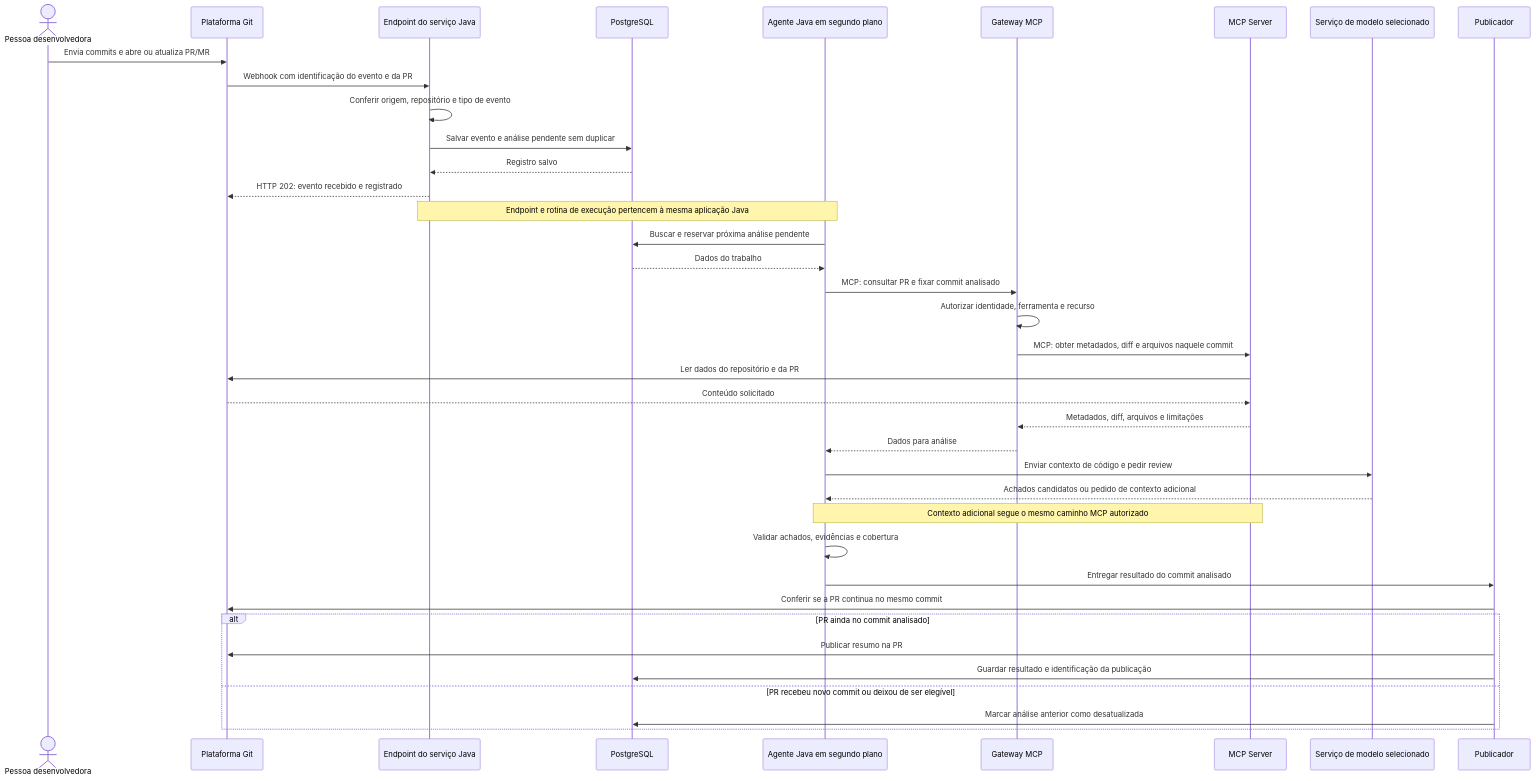
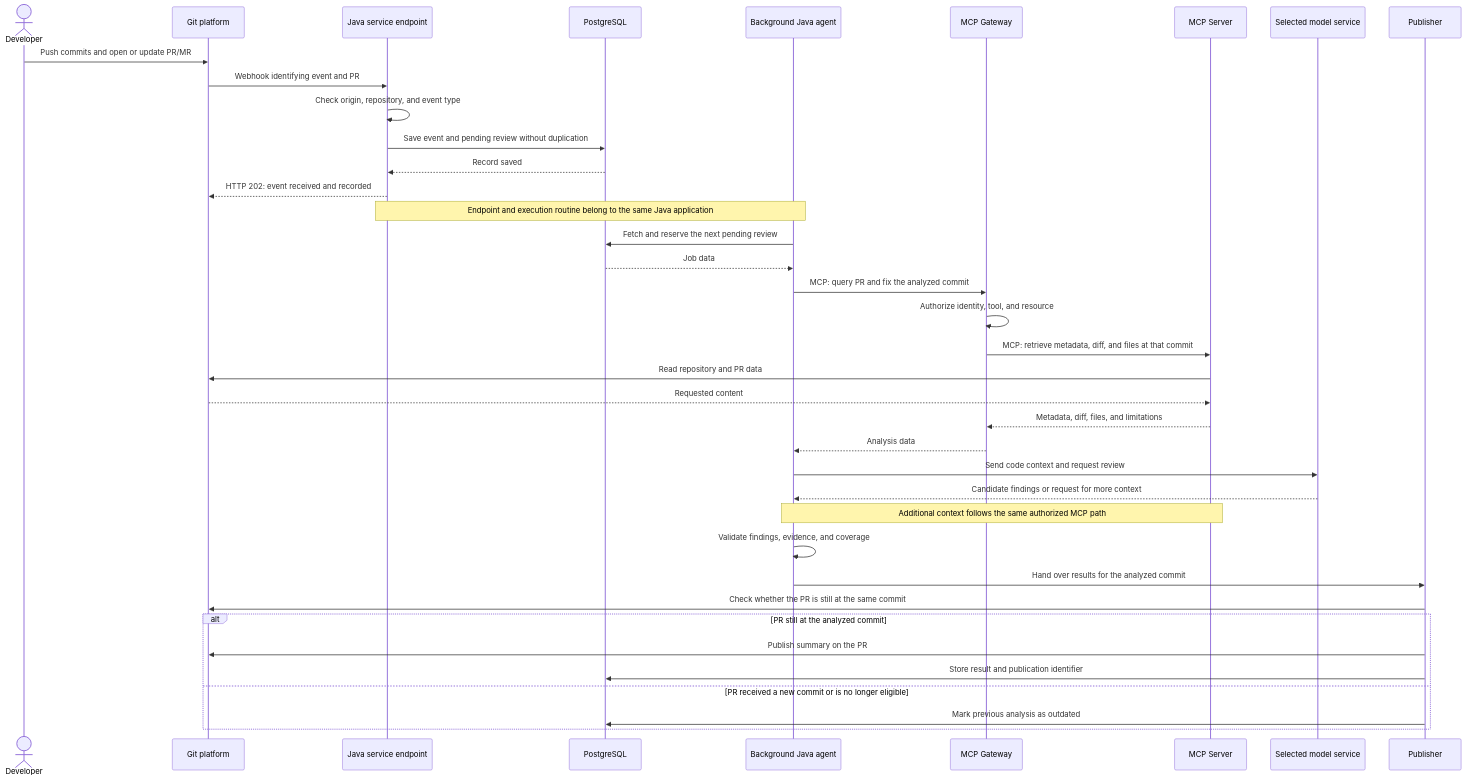
Before and after one commit to cleisommais/mcp-api-gateway: the second of 2 diagrams in docs/architecture.md, drawn with Mermaid. The commit also changed other lines of this file and 19 other files, not shown here.

````diff
--- a/docs/architecture.md
+++ b/docs/architecture.md
@@ -100,40 +100,40 @@
 ```mermaid
 sequenceDiagram
-  actor D as Pessoa desenvolvedora
-  participant P as Plataforma Git
-  participant E as Endpoint do serviço Java
+  actor D as Developer
+  participant P as Git platform
+  participant E as Java service endpoint
   participant B as PostgreSQL
-  participant A as Agente Java em segundo plano
-  participant G as Gateway MCP
+  participant A as Background Java agent
+  participant G as MCP Gateway
   participant S as MCP Server
-  participant M as Serviço de modelo selecionado
-  participant U as Publicador
-  D->>P: Envia commits e abre ou atualiza PR/MR
-  P->>E: Webhook com identificação do evento e da PR
-  E->>E: Conferir origem, repositório e tipo de evento
-  E->>B: Salvar evento e análise pendente sem duplicar
-  B-->>E: Registro salvo
-  E-->>P: HTTP 202: evento recebido e registrado
-  Note over E,A: Endpoint e rotina de execução pertencem à mesma aplicação Java
-  A->>B: Buscar e reservar próxima análise pendente
-  B-->>A: Dados do trabalho
-  A->>G: MCP: consultar PR e fixar commit analisado
-  G->>G: Autorizar identidade, ferramenta e recurso
-  G->>S: MCP: obter metadados, diff e arquivos naquele commit
-  S->>P: Ler dados do repositório e da PR
-  P-->>S: Conteúdo solicitado
-  S-->>G: Metadados, diff, arquivos e limitações
-  G-->>A: Dados para análise
-  A->>M: Enviar contexto de código e pedir review
-  M-->>A: Achados candidatos ou pedido de contexto adicional
-  Note over A,S: Contexto adicional segue o mesmo caminho MCP autorizado
-  A->>A: Validar achados, evidências e cobertura
-  A->>U: Entregar resultado do commit analisado
-  U->>P: Conferir se a PR continua no mesmo commit
-  alt PR ainda no commit analisado
-    U->>P: Publicar resumo na PR
-    U->>B: Guardar resultado e identificação da publicação
-  else PR recebeu novo commit ou deixou de ser elegível
-    U->>B: Marcar análise anterior como desatualizada
+  participant M as Selected model service
+  participant U as Publisher
+  D->>P: Push commits and open or update PR/MR
+  P->>E: Webhook identifying event and PR
+  E->>E: Check origin, repository, and event type
+  E->>B: Save event and pending review without duplication
+  B-->>E: Record saved
+  E-->>P: HTTP 202: event received and recorded
+  Note over E,A: Endpoint and execution routine belong to the same Java application
+  A->>B: Fetch and reserve the next pending review
+  B-->>A: Job data
+  A->>G: MCP: query PR and fix the analyzed commit
+  G->>G: Authorize identity, tool, and resource
+  G->>S: MCP: retrieve metadata, diff, and files at that commit
+  S->>P: Read repository and PR data
+  P-->>S: Requested content
+  S-->>G: Metadata, diff, files, and limitations
+  G-->>A: Analysis data
+  A->>M: Send code context and request review
+  M-->>A: Candidate findings or request for more context
+  Note over A,S: Additional context follows the same authorized MCP path
+  A->>A: Validate findings, evidence, and coverage
+  A->>U: Hand over results for the analyzed commit
+  U->>P: Check whether the PR is still at the same commit
+  alt PR still at the analyzed commit
+    U->>P: Publish summary on the PR
+    U->>B: Store result and publication identifier
+  else PR received a new commit or is no longer eligible
+    U->>B: Mark previous analysis as outdated
   end
 ```
````
